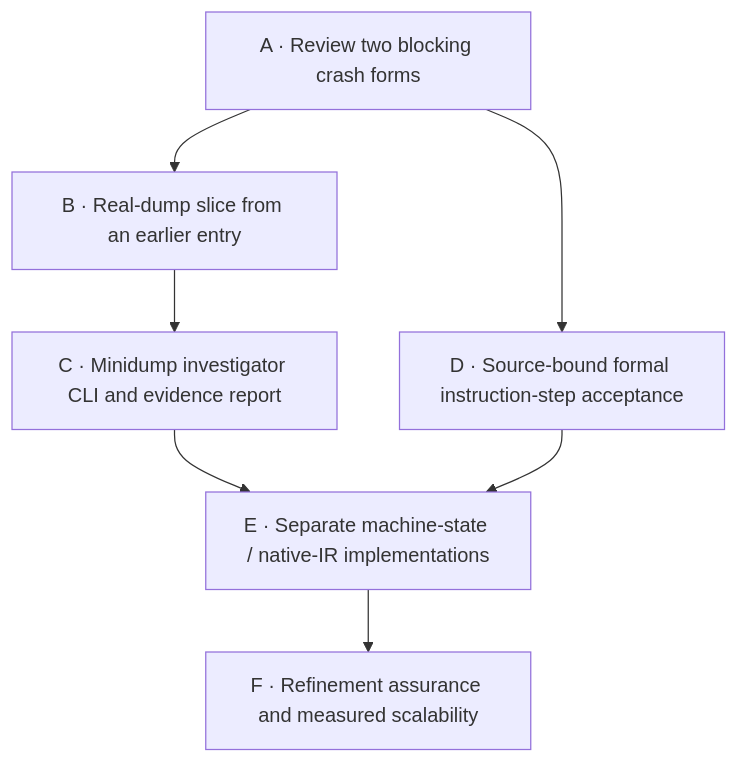
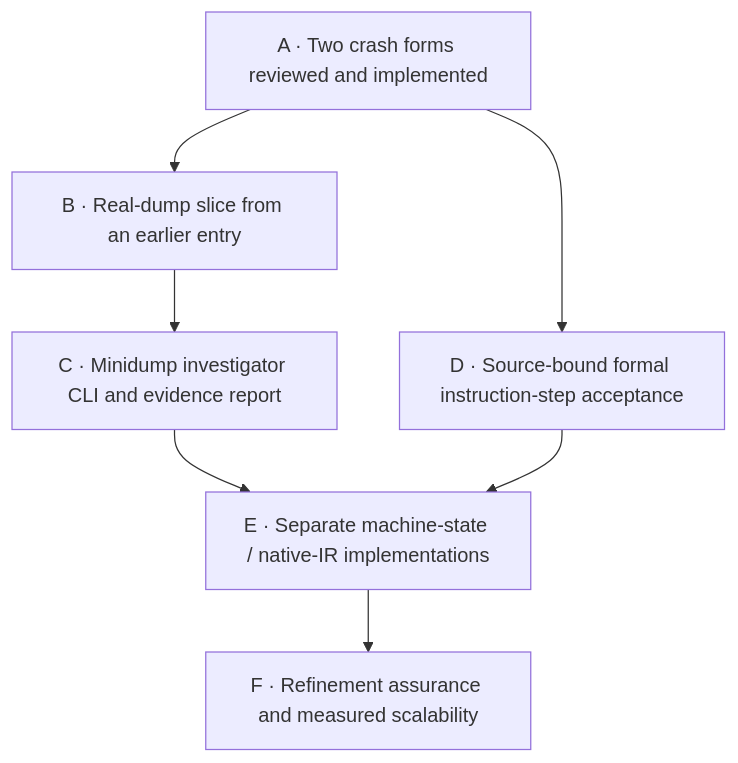
Before and after one commit to NzSN/Ariadne: the diagram in docs/Ariadne/remaining-implementation-plan.md, drawn with Mermaid. The commit also changed other lines of this file and 19 other files, not shown here.

````diff
--- a/docs/Ariadne/remaining-implementation-plan.md
+++ b/docs/Ariadne/remaining-implementation-plan.md
@@ -24,9 +26,9 @@
 ```mermaid
 flowchart TD
-    A["A · Review two blocking crash forms"] --> B["B · Real-dump slice from an earlier entry"]
+    A["A · Two crash forms reviewed and implemented"] --> B["B · Real-dump slice from an earlier entry"]
     B --> C["C · Minidump investigator CLI and evidence report"]
     A --> D["D · Source-bound formal instruction-step acceptance"]
     C --> E["E · Separate machine-state / native-IR implementations"]
     D --> E
     E --> F["F · Refinement assurance and measured scalability"]
 ```
````
